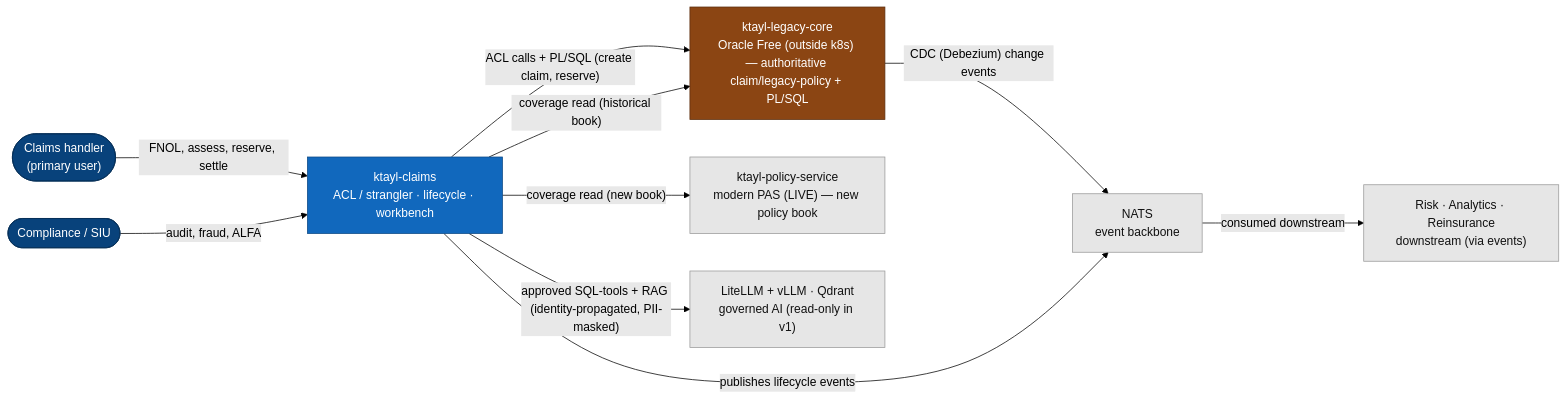
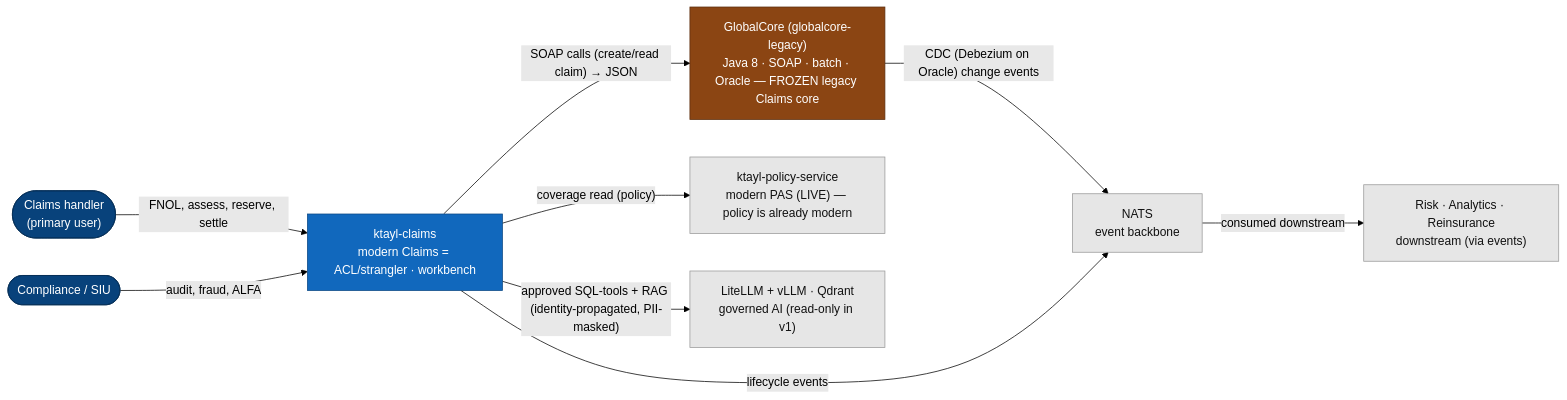
One commit to andrelair-platform/ktayl-claims changed the first of 3 diagrams in docs/architecture/solution-architecture.md. Above: the diagram before and after it, drawn with Mermaid (forest theme). The commit also changed other lines of this file and 6 other files, not shown here.

First line of the commit message:
docs: realign Claims planning set to GlobalCore+Oracle+Claims (SOAP+batch wrap)

````diff
--- a/docs/architecture/solution-architecture.md
+++ b/docs/architecture/solution-architecture.md
@@ -31,32 +33,31 @@
 ```mermaid
 flowchart LR
   handler(["Claims handler<br/>(primary user)"])
   compliance(["Compliance / SIU"])
 
-  claims["ktayl-claims<br/>ACL / strangler · lifecycle · workbench"]
+  claims["ktayl-claims<br/>modern Claims = ACL/strangler · workbench"]
 
-  legacy["ktayl-legacy-core<br/>Oracle Free (outside k8s) — authoritative claim/legacy-policy + PL/SQL"]
-  pas["ktayl-policy-service<br/>modern PAS (LIVE) — new policy book"]
+  legacy["GlobalCore (globalcore-legacy)<br/>Java 8 · SOAP · batch · Oracle — FROZEN legacy Claims core"]
+  pas["ktayl-policy-service<br/>modern PAS (LIVE) — policy is already modern"]
   bus["NATS<br/>event backbone"]
   ai["LiteLLM + vLLM · Qdrant<br/>governed AI (read-only in v1)"]
   down["Risk · Analytics · Reinsurance<br/>downstream (via events)"]
 
   handler -->|"FNOL, assess, reserve, settle"| claims
   compliance -->|"audit, fraud, ALFA"| claims
-  claims -->|"ACL calls + PL/SQL (create claim, reserve)"| legacy
-  claims -->|"coverage read (historical book)"| legacy
-  claims -->|"coverage read (new book)"| pas
-  legacy -->|"CDC (Debezium) change events"| bus
-  claims -->|"publishes lifecycle events"| bus
+  claims -->|"SOAP calls (create/read claim) → JSON"| legacy
+  claims -->|"coverage read (policy)"| pas
+  legacy -->|"CDC (Debezium on Oracle) change events"| bus
+  claims -->|"lifecycle events"| bus
   bus -->|"consumed downstream"| down
   claims -->|"approved SQL-tools + RAG (identity-propagated, PII-masked)"| ai
 
   classDef person fill:#08427b,stroke:#052e56,color:#fff
   classDef sys fill:#1168bd,stroke:#0b4884,color:#fff
   classDef legacy fill:#8B4513,stroke:#5c2e0e,color:#fff
   classDef ext fill:#e6e6e6,stroke:#999,color:#111
   class handler,compliance person
   class claims sys
   class legacy legacy
   class pas,bus,ai,down ext
 ```
````
